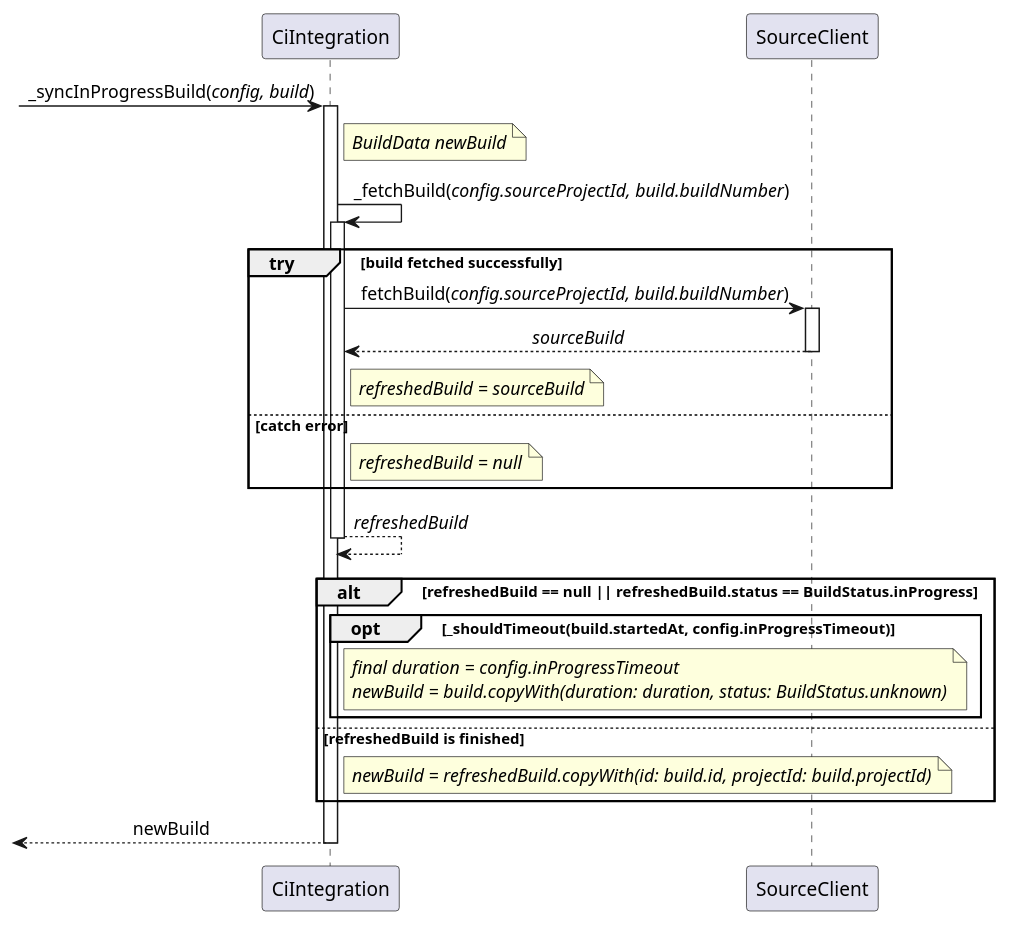
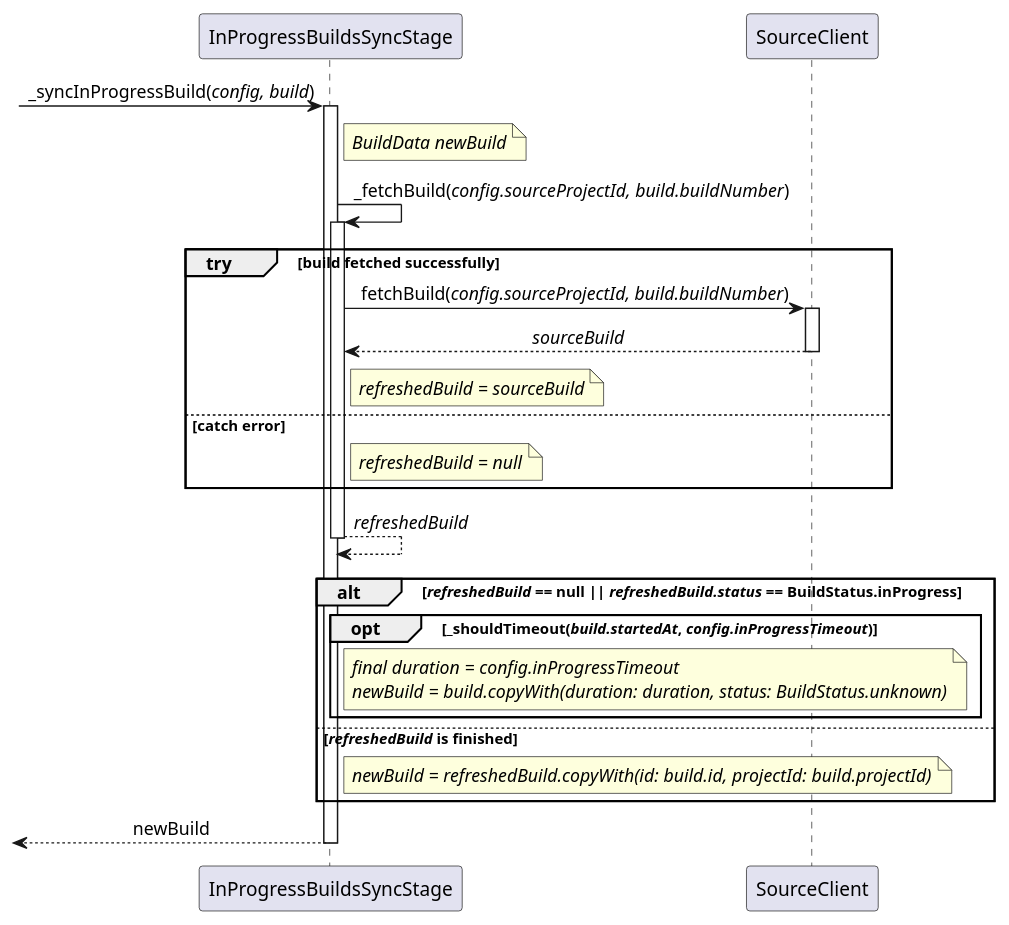
One commit to Flank/flank-dashboard changed the diagram in metrics/ci_integrations/docs/diagrams/resync_single_build_sequence_diagram.puml. Above: the diagram before and after it, drawn with PlantUML. The commit also changed 1 other file, not shown here.

Commit message:
update the builds synchronization sequence diagrams

```diff
--- a/metrics/ci_integrations/docs/diagrams/resync_single_build_sequence_diagram.puml
+++ b/metrics/ci_integrations/docs/diagrams/resync_single_build_sequence_diagram.puml
@@ -1,34 +1,34 @@
 @startuml resync_single_build_sequence_diagram
 'https://plantuml.com/sequence-diagram
 
 skinparam SequenceMessageAlignment center
 
-participant CiIntegration
+participant InProgressBuildsSyncStage
 participant SourceClient
 
-?-> CiIntegration ++ : _syncInProgressBuild(//config, build//)
-note right of CiIntegration: //BuildData newBuild//
+?-> InProgressBuildsSyncStage ++ : _syncInProgressBuild(//config, build//)
+note right of InProgressBuildsSyncStage: //BuildData newBuild//
 ||8||
-CiIntegration -> CiIntegration ++ : _fetchBuild(//config.sourceProjectId, build.buildNumber//)
+InProgressBuildsSyncStage -> InProgressBuildsSyncStage ++ : _fetchBuild(//config.sourceProjectId, build.buildNumber//)
 group try [build fetched successfully]
-    CiIntegration -> SourceClient ++ : fetchBuild(//config.sourceProjectId, build.buildNumber//)
+    InProgressBuildsSyncStage -> SourceClient ++ : fetchBuild(//config.sourceProjectId, build.buildNumber//)
     return //sourceBuild//
-    note right of CiIntegration: //refreshedBuild = sourceBuild//
+    note right of InProgressBuildsSyncStage: //refreshedBuild = sourceBuild//
 else catch error
-    note right of CiIntegration: //refreshedBuild = null//
+    note right of InProgressBuildsSyncStage: //refreshedBuild = null//
 end
 return //refreshedBuild//
 ||8||
-alt refreshedBuild == null || refreshedBuild.status == BuildStatus.inProgress
-    opt _shouldTimeout(build.startedAt, config.inProgressTimeout)
-        note right of CiIntegration
+alt //refreshedBuild// == null || //refreshedBuild.status// == BuildStatus.inProgress
+    opt _shouldTimeout(//build.startedAt//, //config.inProgressTimeout//)
+        note right of InProgressBuildsSyncStage
             //final duration = config.inProgressTimeout//
             //newBuild = build.copyWith(duration: duration, status: BuildStatus.unknown)//
         end note
     end
-else refreshedBuild is finished
-    note right of CiIntegration: //newBuild = refreshedBuild.copyWith(id: build.id, projectId: build.projectId)//
+else //refreshedBuild// is finished
+    note right of InProgressBuildsSyncStage: //newBuild = refreshedBuild.copyWith(id: build.id, projectId: build.projectId)//
 end
 return newBuild
 
 @enduml
```
